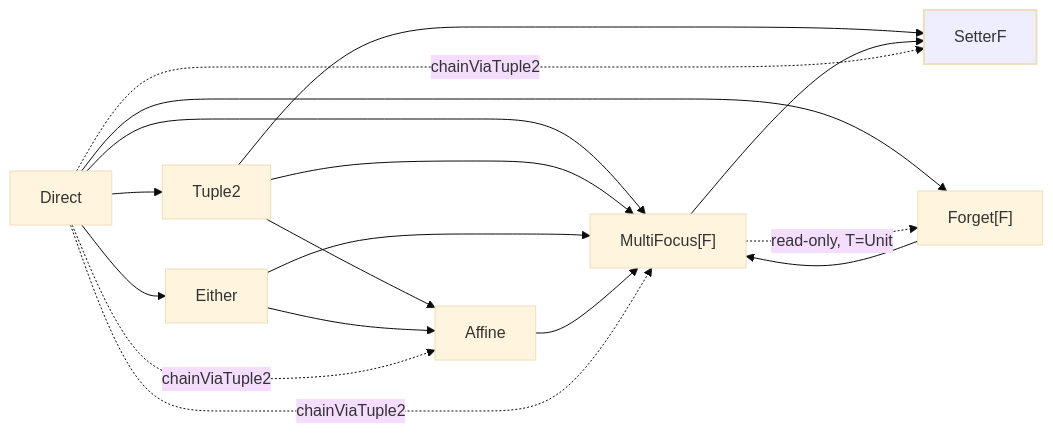
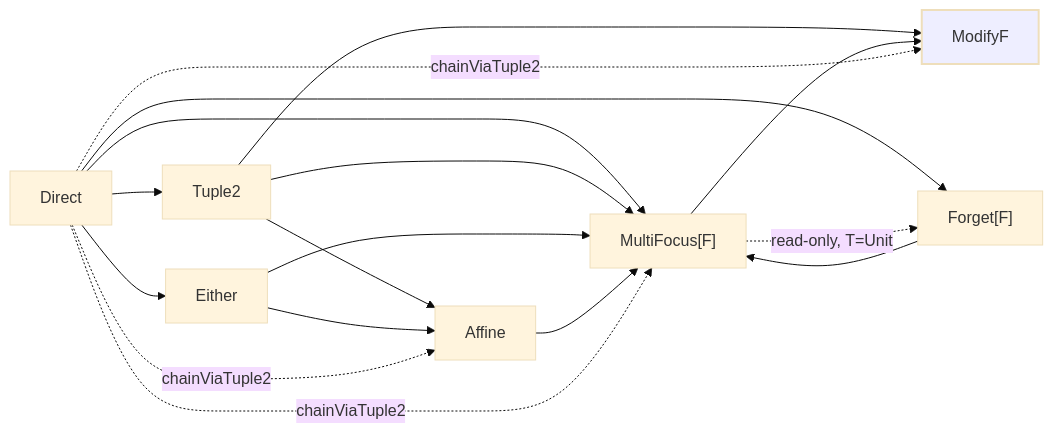
The diagram in site/docs/concepts.md (Constructive-Programming/eo), drawn with Mermaid (base theme) before and after one commit. The commit also changed other lines of this file and 42 other files, not shown here.

````diff
--- a/site/docs/concepts.md
+++ b/site/docs/concepts.md
@@ -195,21 +197,21 @@
 ```mermaid
 flowchart LR
   Direct --> Tuple2
   Direct --> Either
   Direct --> MFocus["MultiFocus[F]"]
   Direct --> ForgetF["Forget[F]"]
   Tuple2 --> Affine
-  Tuple2 --> SetterF
+  Tuple2 --> ModifyF
   Tuple2 --> MFocus
   Either --> Affine
   Either --> MFocus
   Affine --> MFocus
   ForgetF --> MFocus
-  MFocus --> SetterF
+  MFocus --> ModifyF
   MFocus -.->|read-only, T=Unit| ForgetF
   Direct -.->|chainViaTuple2| Affine
-  Direct -.->|chainViaTuple2| SetterF
+  Direct -.->|chainViaTuple2| ModifyF
   Direct -.->|chainViaTuple2| MFocus
-  SetterF:::sink
+  ModifyF:::sink
   classDef sink stroke-dasharray: 0,stroke-width:2px,fill:#eef
 ```
````
